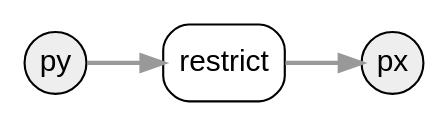
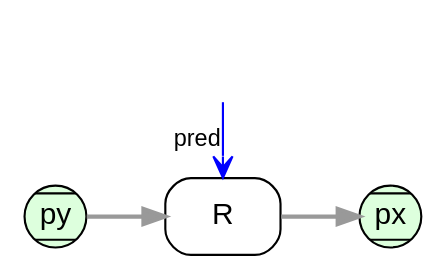
The diagram in opal/ProductsRestrict.dot (drautzburg/currychicken), drawn with Graphviz before and after one commit. The commit also changed 6 other files, not shown here.

```diff
--- a/opal/ProductsRestrict.dot
+++ b/opal/ProductsRestrict.dot
@@ -1,16 +1,22 @@
 digraph d {
 	node [fontname = "Arial"];
 	edge [fontname = "Arial", fontsize=11,color="#999999", penwidth=2, weight=1];
 
 	rankdir=LR
-	subgraph port {
-		node [shape=circle, style=filled, fillcolor="#EEEEEE", fixedsize=true, width=0.4]
+	subgraph product {
+		node [shape=Mcircle, style=filled, fillcolor="#DDFFDD", fixedsize=true, width=0.4]
 		px
 		py
 		}
 	subgraph process {
 		node [shape=box, style=rounded]
-		restrict
+		restrict [label=R]
 	}
+	subgraph invis {
+		node [shape=box, style=invis]
+		pred
+	}
+{rank=same; pred restrict}	
 py -> restrict -> px
+pred->restrict[label="pred  ", color=blue, penwidth=1, arrowhead=open]
 }
```
